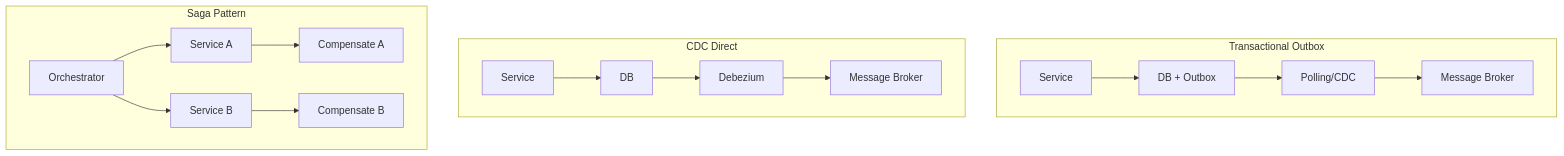
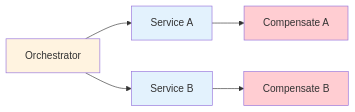
Before and after one commit to Gyeom/dev-notes: the ninth of 9 diagrams in content/posts/2024-07-15-transactional-outbox-pattern-deep-dive.md, drawn with Mermaid. The commit also changed other lines of this file, not shown here.

Commit message:
Improve: Outbox vs CDC vs Saga 다이어그램 개선
- 하나의 TB 다이어그램 → 세 개의 개별 LR 다이어그램으로 분리
- 각 패턴별로 더 크게 표시
- 색상 스타일 추가 (서비스/처리/브로커 구분)
- Saga 패턴에 보상 트랜잭션 색상 강조

🤖 Generated with [Claude Code](https://claude.com/claude-code)

````diff
--- a/content/posts/2024-07-15-transactional-outbox-pattern-deep-dive.md
+++ b/content/posts/2024-07-15-transactional-outbox-pattern-deep-dive.md
@@ -722,21 +752,13 @@
 ```mermaid
-flowchart TB
-    subgraph "Transactional Outbox"
-        O1[Service] --> O2[DB + Outbox]
-        O2 --> O3[Polling/CDC]
-        O3 --> O4[Message Broker]
-    end
+flowchart LR
+    S1[Orchestrator] --> S2[Service A]
+    S1 --> S3[Service B]
+    S2 --> S4[Compensate A]
+    S3 --> S5[Compensate B]
 
-    subgraph "CDC Direct"
-        C1[Service] --> C2[DB]
-        C2 --> C3[Debezium]
-        C3 --> C4[Message Broker]
-    end
-
-    subgraph "Saga Pattern"
-        S1[Orchestrator] --> S2[Service A]
-        S1 --> S3[Service B]
-        S2 --> S4[Compensate A]
-        S3 --> S5[Compensate B]
-    end
+    style S1 fill:#fff3e0
+    style S2 fill:#e3f2fd
+    style S3 fill:#e3f2fd
+    style S4 fill:#ffcdd2
+    style S5 fill:#ffcdd2
 ```
````
